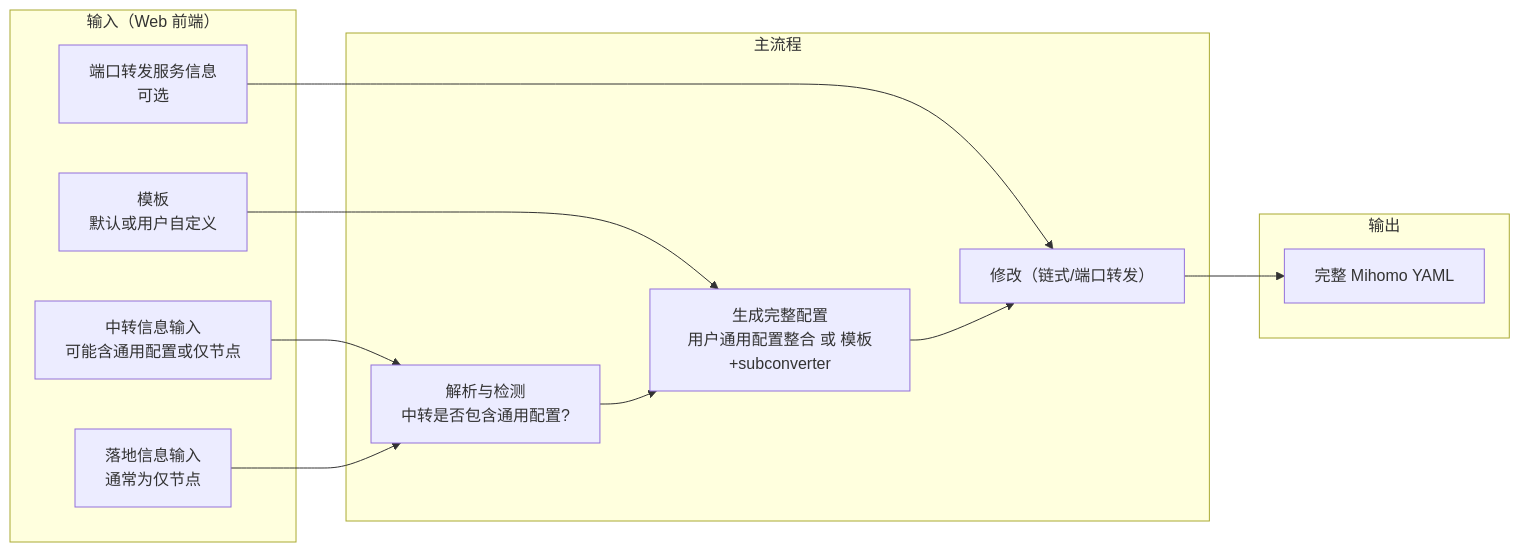
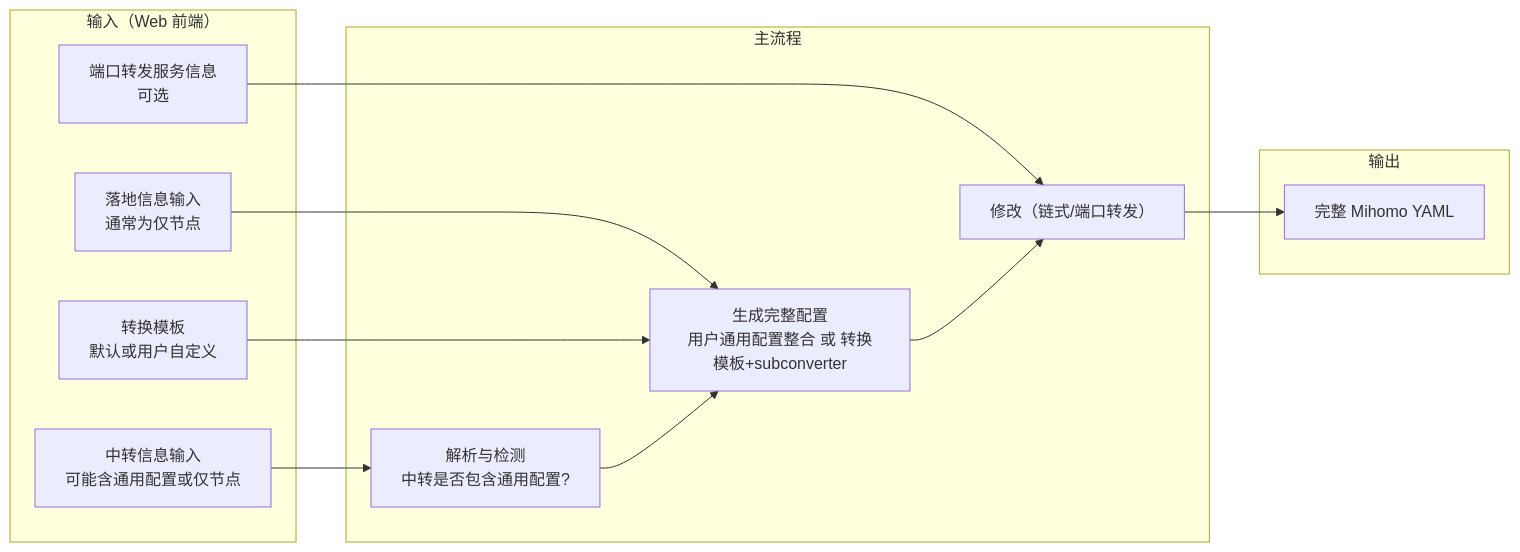
The diagram in docs/spec/01-overview.md (slackworker/chain-subconverter), drawn with Mermaid before and after one commit. The commit also changed other lines of this file, not shown here.

````diff
--- a/docs/spec/01-overview.md
+++ b/docs/spec/01-overview.md
@@ -24,27 +19,27 @@
 ```mermaid
 flowchart LR
   subgraph Input[输入（Web 前端）]
     T[中转信息输入<br/>可能含通用配置或仅节点]
     L[落地信息输入<br/>通常为仅节点]
-    TP[模板<br/>默认或用户自定义]
+    TP[转换模板<br/>默认或用户自定义]
     F[端口转发服务信息<br/>可选]
   end
 
   subgraph Flow[主流程]
     P[解析与检测<br/>中转是否包含通用配置?]
-    S[生成完整配置<br/>用户通用配置整合 或 模板+subconverter]
+    S[生成完整配置<br/>用户通用配置整合 或 转换模板+subconverter]
     M[修改（链式/端口转发）]
   end
 
   subgraph Output[输出]
     O[完整 Mihomo YAML]
   end
 
   T --> P
-  L --> P
+  L --> S
   TP --> S
   F --> M
   P --> S
   S --> M
   M --> O
 ```
````
